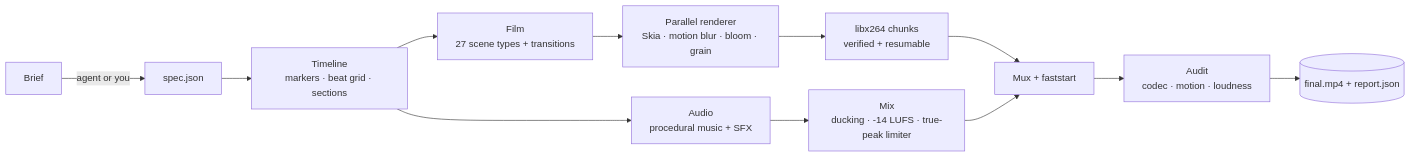
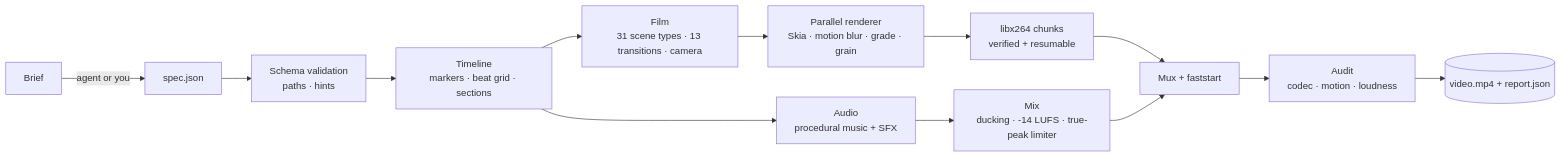
One commit to 28naem-del/kinetic-studio changed the diagram in README.md. Above: the diagram before and after it, drawn with Mermaid. The commit also changed other lines of this file and 6 other files, not shown here.

````diff
--- a/README.md
+++ b/README.md
@@ -47,14 +115,15 @@
 ```mermaid
 flowchart LR
     B[Brief] -->|agent or you| S[spec.json]
-    S --> T[Timeline<br/>markers · beat grid · sections]
-    T --> F[Film<br/>27 scene types + transitions]
-    F --> R[Parallel renderer<br/>Skia · motion blur · bloom · grain]
+    S --> V[Schema validation<br/>paths · hints]
+    V --> T[Timeline<br/>markers · beat grid · sections]
+    T --> F[Film<br/>31 scene types · 13 transitions · camera]
+    F --> R[Parallel renderer<br/>Skia · motion blur · grade · grain]
     R --> C[libx264 chunks<br/>verified + resumable]
     T --> A[Audio<br/>procedural music + SFX]
     A --> M[Mix<br/>ducking · -14 LUFS · true-peak limiter]
     C --> X[Mux + faststart]
     M --> X
     X --> Q[Audit<br/>codec · motion · loudness]
-    Q --> O[(final.mp4 + report.json)]
+    Q --> O[(video.mp4 + report.json)]
 ```
````
